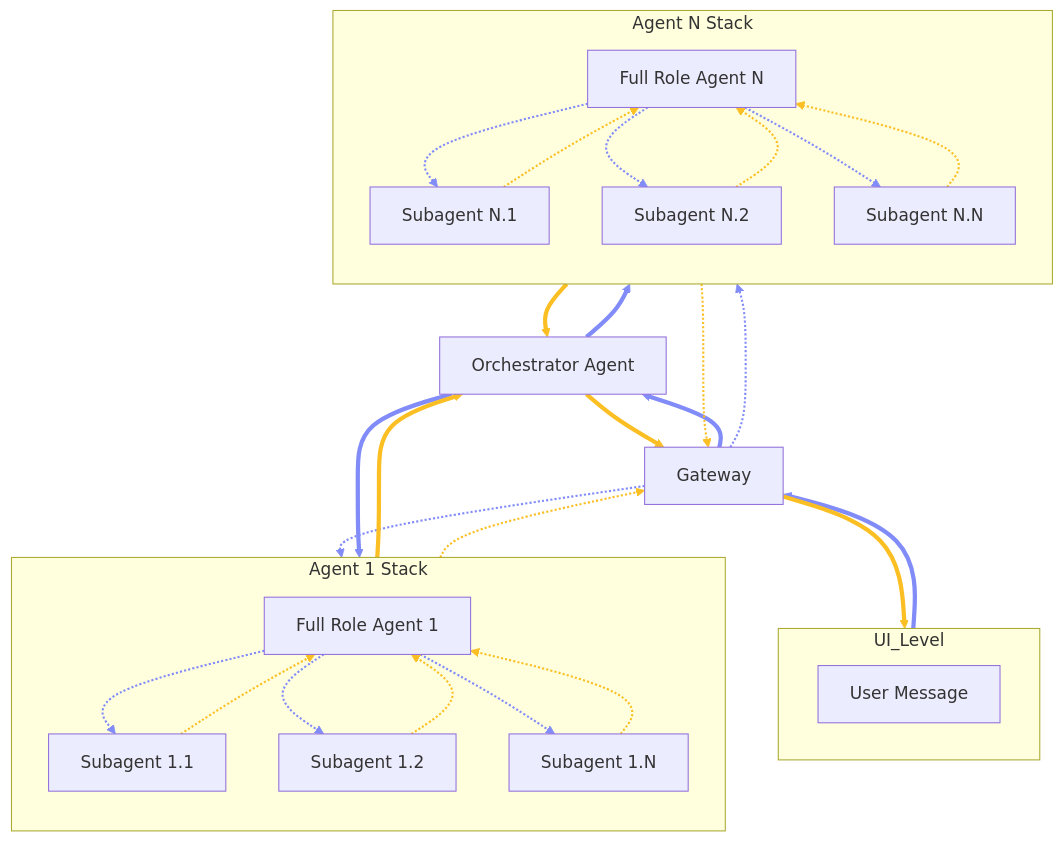
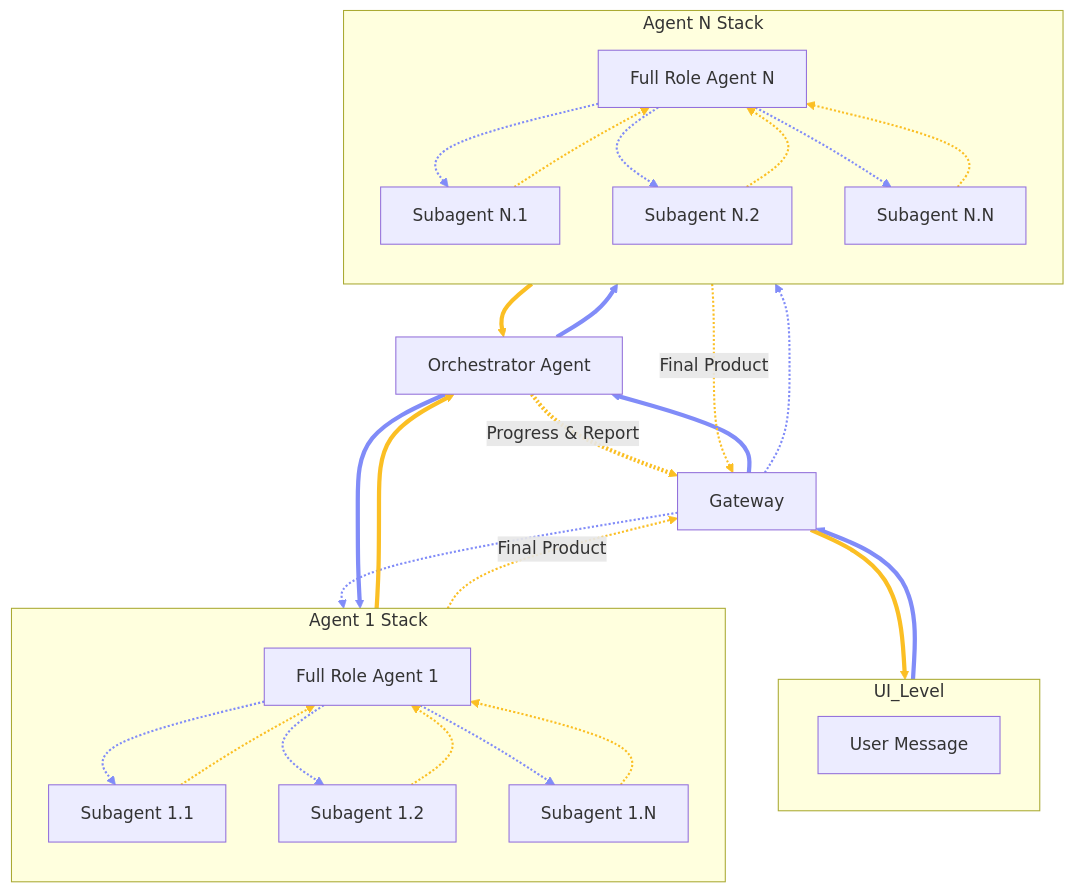
Before and after one commit to nyandesigns0/openclaw-guide: the second of 2 diagrams in content/tab-03.md, drawn with Mermaid. The commit also changed other lines of this file and 1 other file, not shown here.

Commit message:
docs: add documentation for multi-agent architecture and workspace structure

````diff
--- a/content/tab-03.md
+++ b/content/tab-03.md
@@ -35,61 +37,61 @@
 ```mermaid
 %%{init: {'flowchart': {'arrowMarkerSize': 1.5}}}%%
 flowchart TD
     subgraph UI_Level
         direction LR
         UM[User Message]
     end
 
     UM ==> G[Gateway]
     G ==> UM
 
     G ==> O[Orchestrator Agent]
 
     subgraph Agent_1_Stack [Agent 1 Stack]
         direction TB
         A1[Full Role Agent 1]
         W11[Subagent 1.1]
         W12[Subagent 1.2]
         W1N[Subagent 1.N]
         
         A1 -.-> W11
         A1 -.-> W12
         A1 -.-> W1N
         W11 -.-> A1
         W12 -.-> A1
         W1N -.-> A1
     end
 
     subgraph Agent_N_Stack [Agent N Stack]
         direction TB
         A2[Full Role Agent N]
         W21[Subagent N.1]
         W22[Subagent N.2]
         W2N[Subagent N.N]
         
         A2 -.-> W21
         A2 -.-> W22
         A2 -.-> W2N
         W21 -.-> A2
         W22 -.-> A2
         W2N -.-> A2
     end
 
     G -.-> A1
     G -.-> A2
 
     O ==> A1
     O ==> A2
 
     A1 ==> O
     A2 ==> O
 
-    A1 -.-> G
-    A2 -.-> G
-    O ==> G
+    A1 -. "Final Product" .-> G
+    A2 -. "Final Product" .-> G
+    O -. "Progress & Report" .-> G
 
     linkStyle 0,2,17,18 stroke:#818cf8,stroke-width:4px
     linkStyle 3,4,5,9,10,11,15,16 stroke:#818cf8,stroke-width:2px
     linkStyle 1,19,20,23 stroke:#fbbf24,stroke-width:4px
     linkStyle 6,7,8,12,13,14,21,22 stroke:#fbbf24,stroke-width:2px
 ```
````
